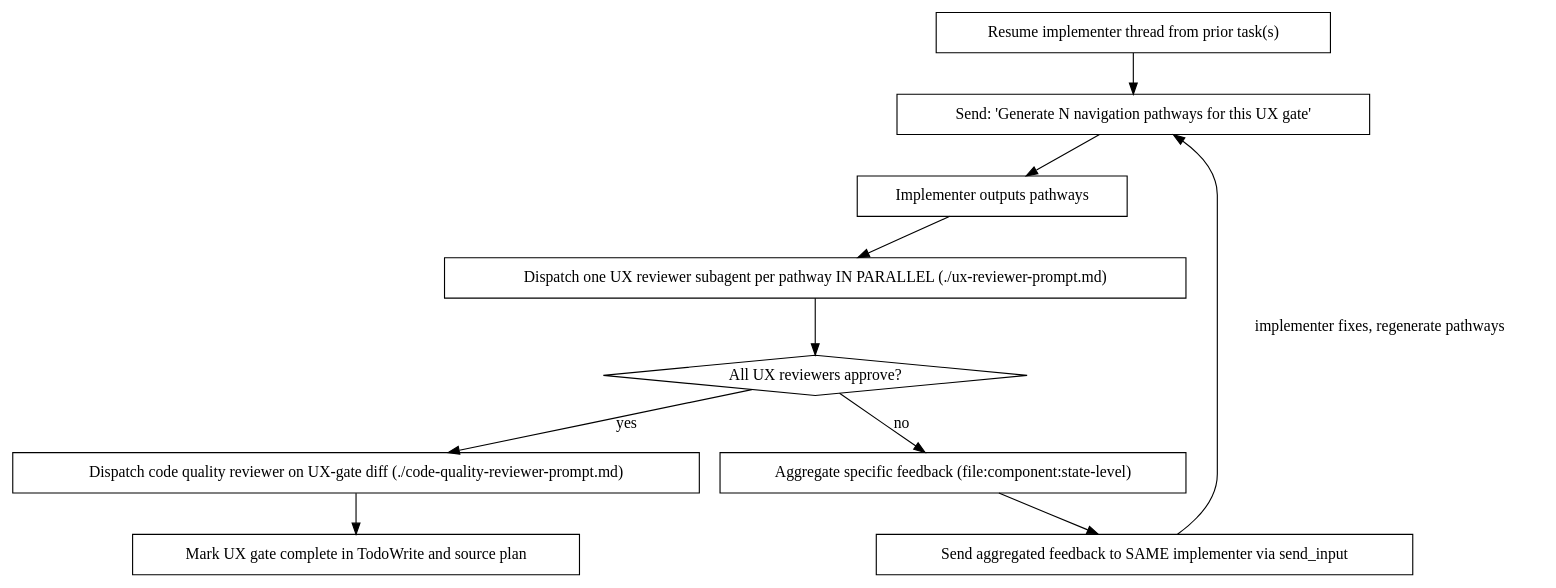
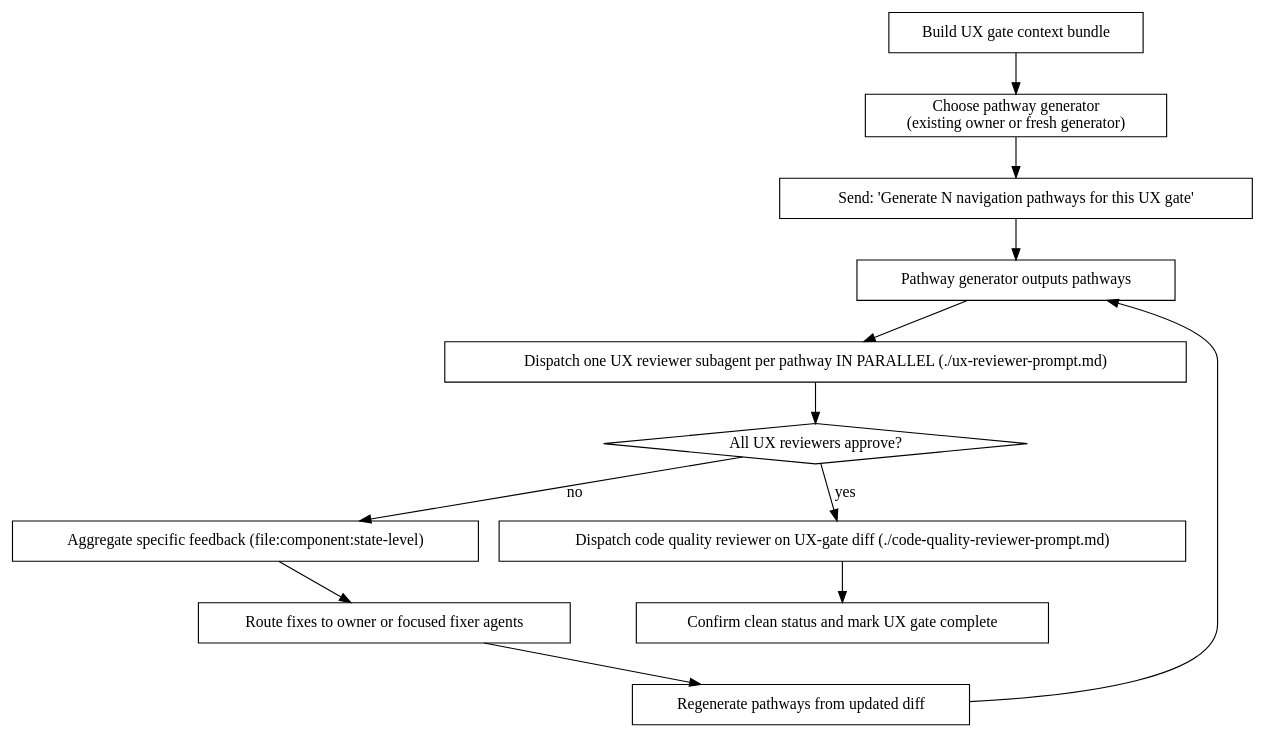
Before and after one commit to mlk1278/superpowers-workstack: the third of 3 diagrams in skills/subagent-driven-development/SKILL.md, drawn with Graphviz. The commit also changed other lines of this file and 16 other files, not shown here.

````diff
--- a/skills/subagent-driven-development/SKILL.md
+++ b/skills/subagent-driven-development/SKILL.md
@@ -194,24 +242,28 @@
 ```dot
 digraph ux_gate {
     rankdir=TB;
-    "Resume implementer thread from prior task(s)" [shape=box];
+    "Build UX gate context bundle" [shape=box];
+    "Choose pathway generator\n(existing owner or fresh generator)" [shape=box];
     "Send: 'Generate N navigation pathways for this UX gate'" [shape=box];
-    "Implementer outputs pathways" [shape=box];
+    "Pathway generator outputs pathways" [shape=box];
     "Dispatch one UX reviewer subagent per pathway IN PARALLEL (./ux-reviewer-prompt.md)" [shape=box];
     "All UX reviewers approve?" [shape=diamond];
     "Aggregate specific feedback (file:component:state-level)" [shape=box];
-    "Send aggregated feedback to SAME implementer via send_input" [shape=box];
+    "Route fixes to owner or focused fixer agents" [shape=box];
+    "Regenerate pathways from updated diff" [shape=box];
     "Dispatch code quality reviewer on UX-gate diff (./code-quality-reviewer-prompt.md)" [shape=box];
-    "Mark UX gate complete in TodoWrite and source plan" [shape=box];
+    "Confirm clean status and mark UX gate complete" [shape=box];
 
-    "Resume implementer thread from prior task(s)" -> "Send: 'Generate N navigation pathways for this UX gate'";
-    "Send: 'Generate N navigation pathways for this UX gate'" -> "Implementer outputs pathways";
-    "Implementer outputs pathways" -> "Dispatch one UX reviewer subagent per pathway IN PARALLEL (./ux-reviewer-prompt.md)";
+    "Build UX gate context bundle" -> "Choose pathway generator\n(existing owner or fresh generator)";
+    "Choose pathway generator\n(existing owner or fresh generator)" -> "Send: 'Generate N navigation pathways for this UX gate'";
+    "Send: 'Generate N navigation pathways for this UX gate'" -> "Pathway generator outputs pathways";
+    "Pathway generator outputs pathways" -> "Dispatch one UX reviewer subagent per pathway IN PARALLEL (./ux-reviewer-prompt.md)";
     "Dispatch one UX reviewer subagent per pathway IN PARALLEL (./ux-reviewer-prompt.md)" -> "All UX reviewers approve?";
     "All UX reviewers approve?" -> "Aggregate specific feedback (file:component:state-level)" [label="no"];
-    "Aggregate specific feedback (file:component:state-level)" -> "Send aggregated feedback to SAME implementer via send_input";
-    "Send aggregated feedback to SAME implementer via send_input" -> "Send: 'Generate N navigation pathways for this UX gate'" [label="implementer fixes, regenerate pathways"];
+    "Aggregate specific feedback (file:component:state-level)" -> "Route fixes to owner or focused fixer agents";
+    "Route fixes to owner or focused fixer agents" -> "Regenerate pathways from updated diff";
+    "Regenerate pathways from updated diff" -> "Pathway generator outputs pathways";
     "All UX reviewers approve?" -> "Dispatch code quality reviewer on UX-gate diff (./code-quality-reviewer-prompt.md)" [label="yes"];
-    "Dispatch code quality reviewer on UX-gate diff (./code-quality-reviewer-prompt.md)" -> "Mark UX gate complete in TodoWrite and source plan";
+    "Dispatch code quality reviewer on UX-gate diff (./code-quality-reviewer-prompt.md)" -> "Confirm clean status and mark UX gate complete";
 }
 ```
````
